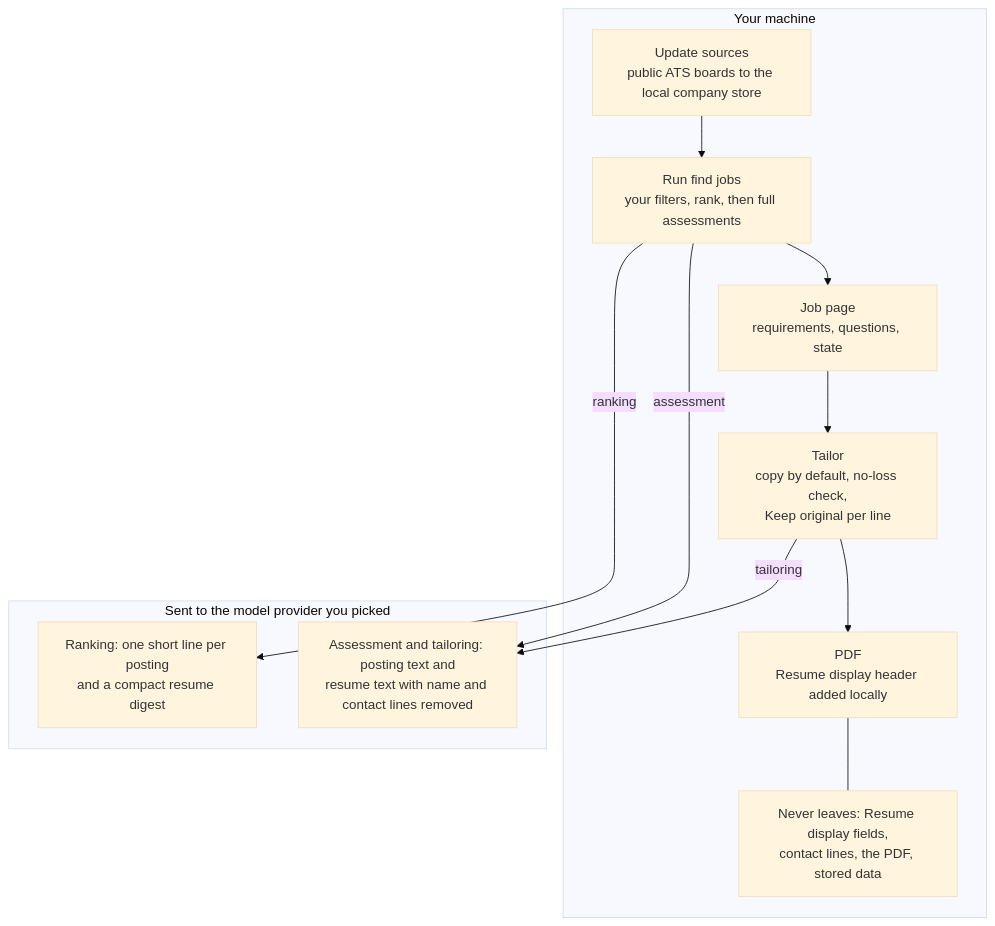
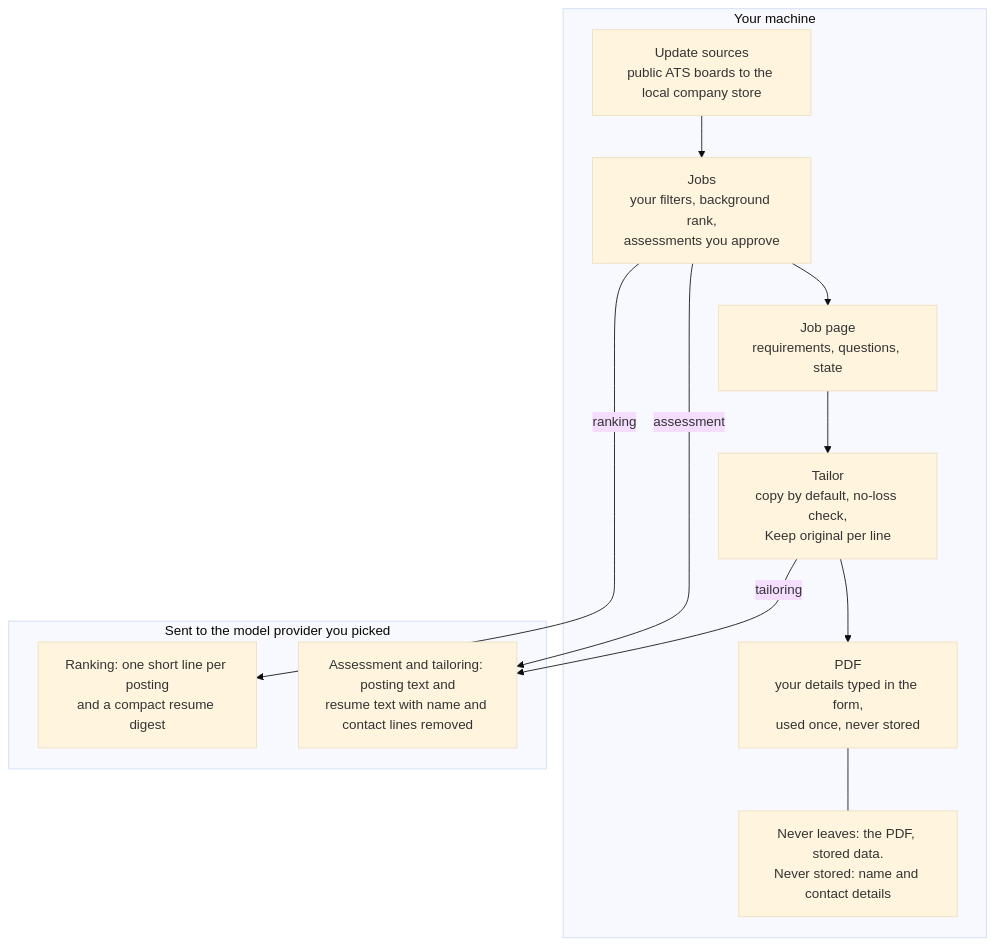
Before and after one commit to karthik446/gigai: the diagram in gigai-docs/src/content/docs/scout/index.md, drawn with Mermaid (base theme). The commit also changed other lines of this file and 39 other files, not shown here.

````diff
--- a/gigai-docs/src/content/docs/scout/index.md
+++ b/gigai-docs/src/content/docs/scout/index.md
@@ -56,20 +58,20 @@
 ```mermaid
 flowchart TB
   subgraph Local["Your machine"]
     Boards["Update sources<br/>public ATS boards to the local company store"]
-    Run["Run find jobs<br/>your filters, rank, then full assessments"]
+    Run["Jobs<br/>your filters, background rank,<br/>assessments you approve"]
     Page["Job page<br/>requirements, questions, state"]
     Tailor["Tailor<br/>copy by default, no-loss check,<br/>Keep original per line"]
-    Pdf["PDF<br/>Resume display header added locally"]
-    Kept["Never leaves: Resume display fields,<br/>contact lines, the PDF, stored data"]
+    Pdf["PDF<br/>your details typed in the form,<br/>used once, never stored"]
+    Kept["Never leaves: the PDF, stored data.<br/>Never stored: name and contact details"]
     Boards --> Run --> Page --> Tailor --> Pdf
     Pdf --- Kept
   end
   subgraph Sent["Sent to the model provider you picked"]
     RankIn["Ranking: one short line per posting<br/>and a compact resume digest"]
     TextIn["Assessment and tailoring: posting text and<br/>resume text with name and contact lines removed"]
   end
   Run -- "ranking" --> RankIn
   Run -- "assessment" --> TextIn
   Tailor -- "tailoring" --> TextIn
 ```
````
